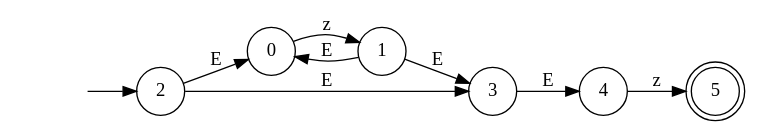
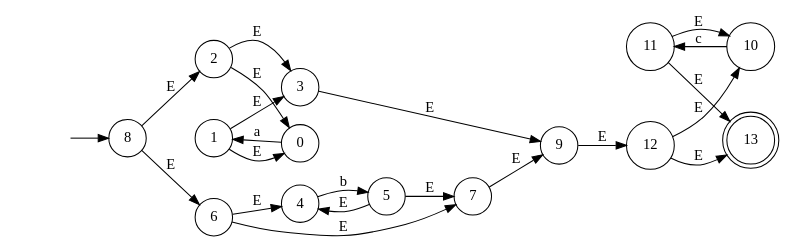
One commit to CrisLayB/ProgrammingLanguageDesign changed the diagram in docs/automataAFN.dot. Above: the diagram before and after it, drawn with Graphviz. The commit also changed 8 other files, not shown here.

```diff
--- a/docs/automataAFN.dot
+++ b/docs/automataAFN.dot
@@ -1,18 +1,31 @@
 digraph "Resultado Automata" {
 rankdir=LR size="8,5"
 node [shape=doublecircle]
-5
+13
 node [shape=circle]
-2
+8
 node [shape=none]
 ""
-""-> 2 [label=""]
+""-> 8 [label=""]
 node [shape=circle]
-0 -> 1[label="z"]
+0 -> 1[label="a"]
 1 -> 0[label="E"]
 2 -> 3[label="E"]
 2 -> 0[label="E"]
 1 -> 3[label="E"]
-4 -> 5[label="z"]
-3 -> 4[label="E"]
+4 -> 5[label="b"]
+5 -> 4[label="E"]
+6 -> 7[label="E"]
+6 -> 4[label="E"]
+5 -> 7[label="E"]
+8 -> 2[label="E"]
+8 -> 6[label="E"]
+3 -> 9[label="E"]
+7 -> 9[label="E"]
+10 -> 11[label="c"]
+11 -> 10[label="E"]
+12 -> 13[label="E"]
+12 -> 10[label="E"]
+11 -> 13[label="E"]
+9 -> 12[label="E"]
 }
```
